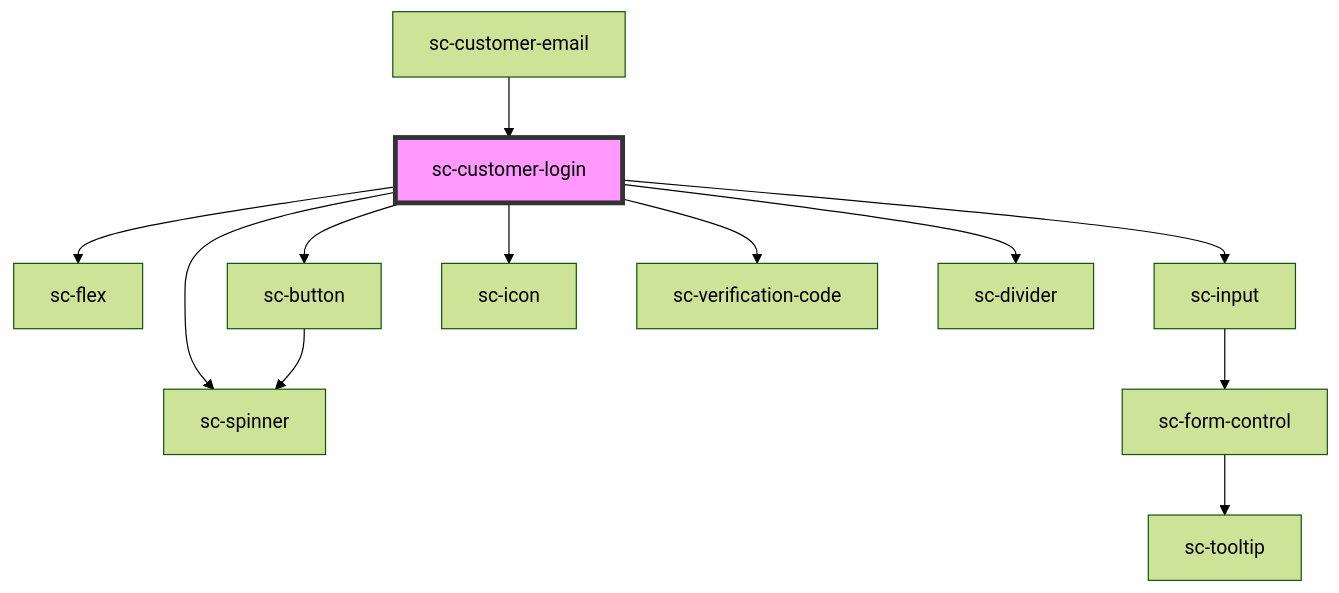
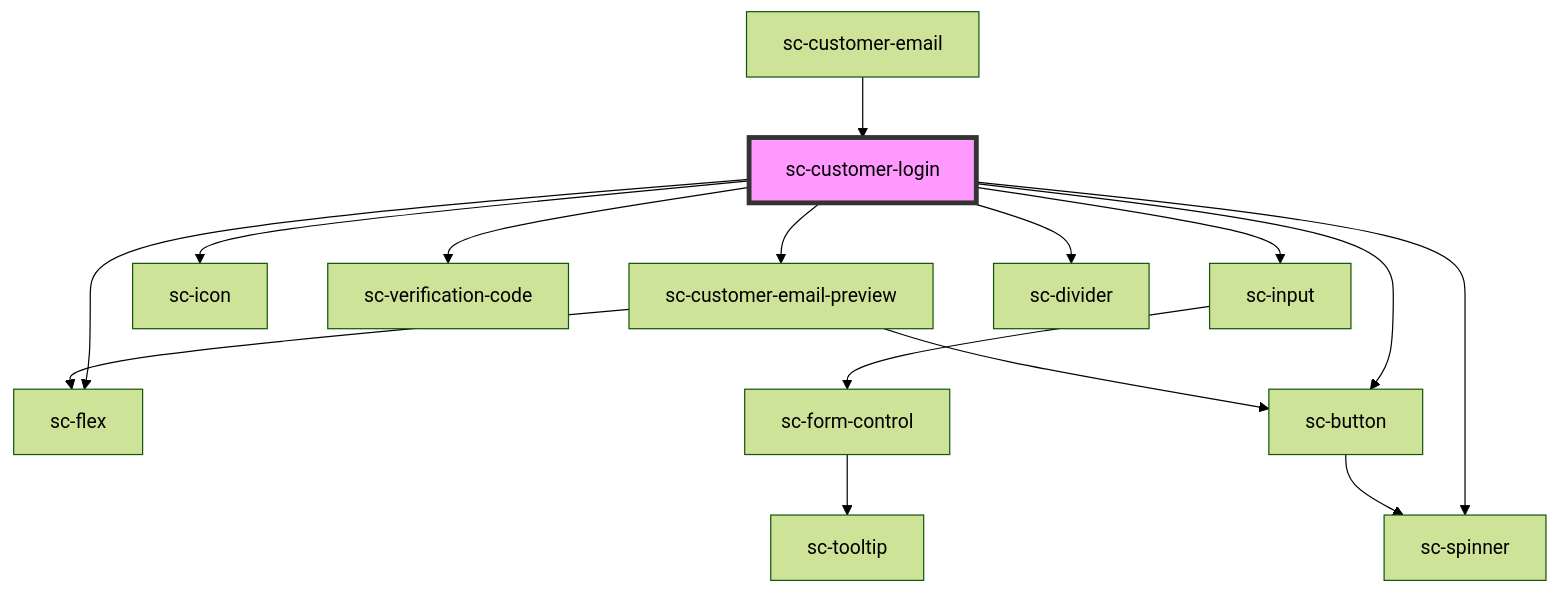
Before and after one commit to surecart/surecart-wp-plugin: the diagram in packages/components/src/components/controllers/checkout-form/customer-login/readme.md, drawn with Mermaid (forest theme). The commit also changed other lines of this file and 13 other files, not shown here.

````diff
--- a/packages/components/src/components/controllers/checkout-form/customer-login/readme.md
+++ b/packages/components/src/components/controllers/checkout-form/customer-login/readme.md
@@ -32,15 +40,18 @@
 ```mermaid
 graph TD;
   sc-customer-login --> sc-flex
   sc-customer-login --> sc-input
   sc-customer-login --> sc-button
   sc-customer-login --> sc-icon
   sc-customer-login --> sc-verification-code
   sc-customer-login --> sc-spinner
+  sc-customer-login --> sc-customer-email-preview
   sc-customer-login --> sc-divider
   sc-input --> sc-form-control
   sc-form-control --> sc-tooltip
   sc-button --> sc-spinner
+  sc-customer-email-preview --> sc-flex
+  sc-customer-email-preview --> sc-button
   sc-customer-email --> sc-customer-login
   style sc-customer-login fill:#f9f,stroke:#333,stroke-width:4px
 ```
````
